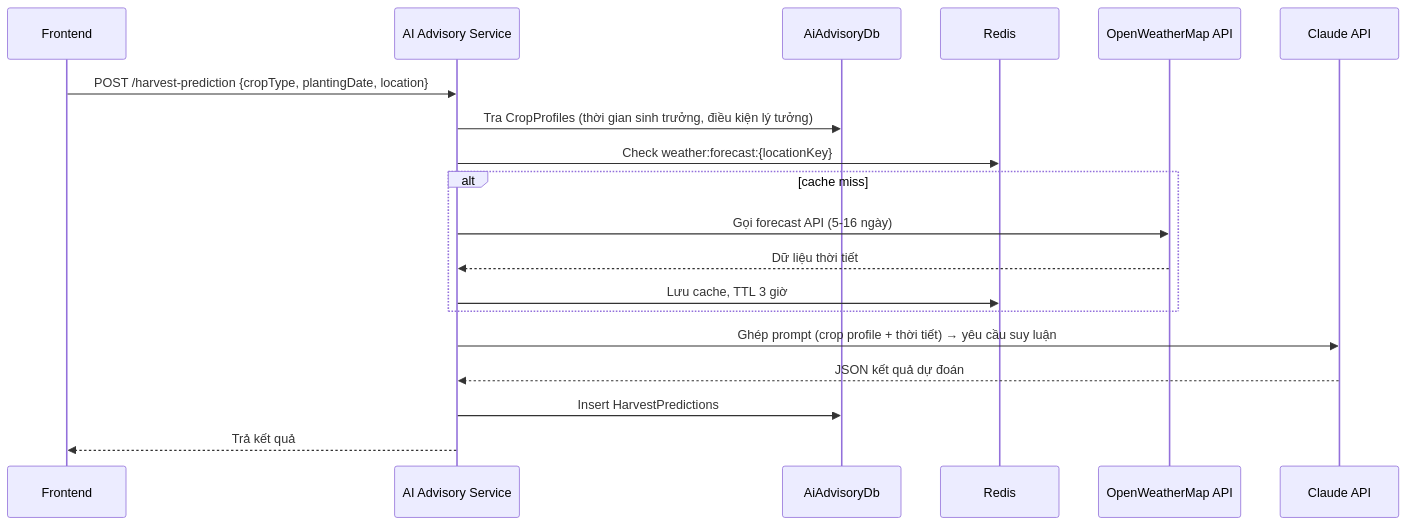
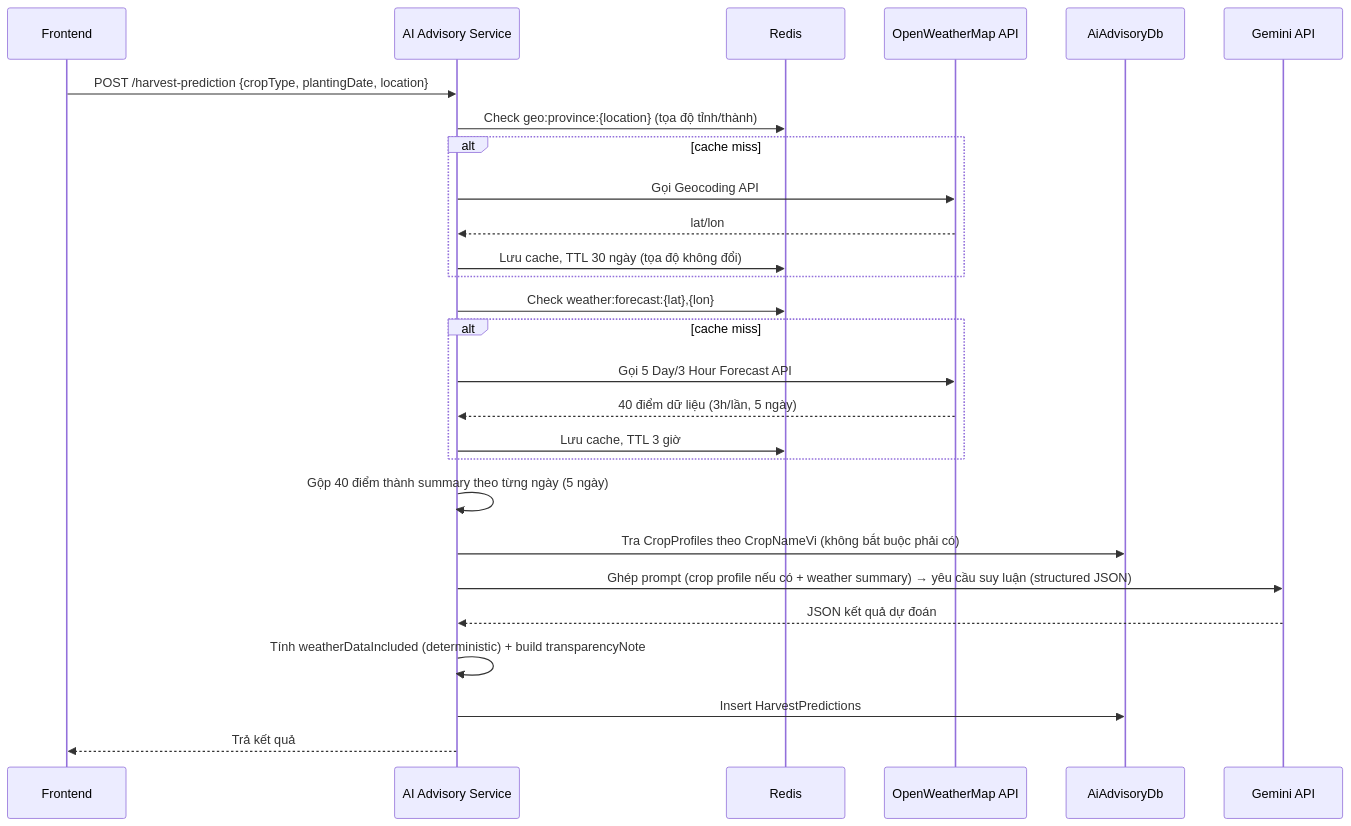
The diagram in docs/architecture/data-flows/ai-harvest-prediction-flow.md (Flakes23/HappyFarmer), drawn with Mermaid before and after one commit. The commit also changed other lines of this file and 63 other files, not shown here.

````diff
--- a/docs/architecture/data-flows/ai-harvest-prediction-flow.md
+++ b/docs/architecture/data-flows/ai-harvest-prediction-flow.md
@@ -7,22 +7,30 @@
 ```mermaid
 sequenceDiagram
   participant FE as Frontend
   participant AI as AI Advisory Service
-  participant DB as AiAdvisoryDb
   participant R as Redis
   participant OWM as OpenWeatherMap API
-  participant C as Claude API
+  participant DB as AiAdvisoryDb
+  participant G as Gemini API
 
   FE->>AI: POST /harvest-prediction {cropType, plantingDate, location}
-  AI->>DB: Tra CropProfiles (thời gian sinh trưởng, điều kiện lý tưởng)
-  AI->>R: Check weather:forecast:{locationKey}
+  AI->>R: Check geo:province:{location} (tọa độ tỉnh/thành)
   alt cache miss
-    AI->>OWM: Gọi forecast API (5-16 ngày)
-    OWM-->>AI: Dữ liệu thời tiết
+    AI->>OWM: Gọi Geocoding API
+    OWM-->>AI: lat/lon
+    AI->>R: Lưu cache, TTL 30 ngày (tọa độ không đổi)
+  end
+  AI->>R: Check weather:forecast:{lat},{lon}
+  alt cache miss
+    AI->>OWM: Gọi 5 Day/3 Hour Forecast API
+    OWM-->>AI: 40 điểm dữ liệu (3h/lần, 5 ngày)
     AI->>R: Lưu cache, TTL 3 giờ
   end
-  AI->>C: Ghép prompt (crop profile + thời tiết) → yêu cầu suy luận
-  C-->>AI: JSON kết quả dự đoán
+  AI->>AI: Gộp 40 điểm thành summary theo từng ngày (5 ngày)
+  AI->>DB: Tra CropProfiles theo CropNameVi (không bắt buộc phải có)
+  AI->>G: Ghép prompt (crop profile nếu có + weather summary) → yêu cầu suy luận (structured JSON)
+  G-->>AI: JSON kết quả dự đoán
+  AI->>AI: Tính weatherDataIncluded (deterministic) + build transparencyNote
   AI->>DB: Insert HarvestPredictions
   AI-->>FE: Trả kết quả
 ```
````
